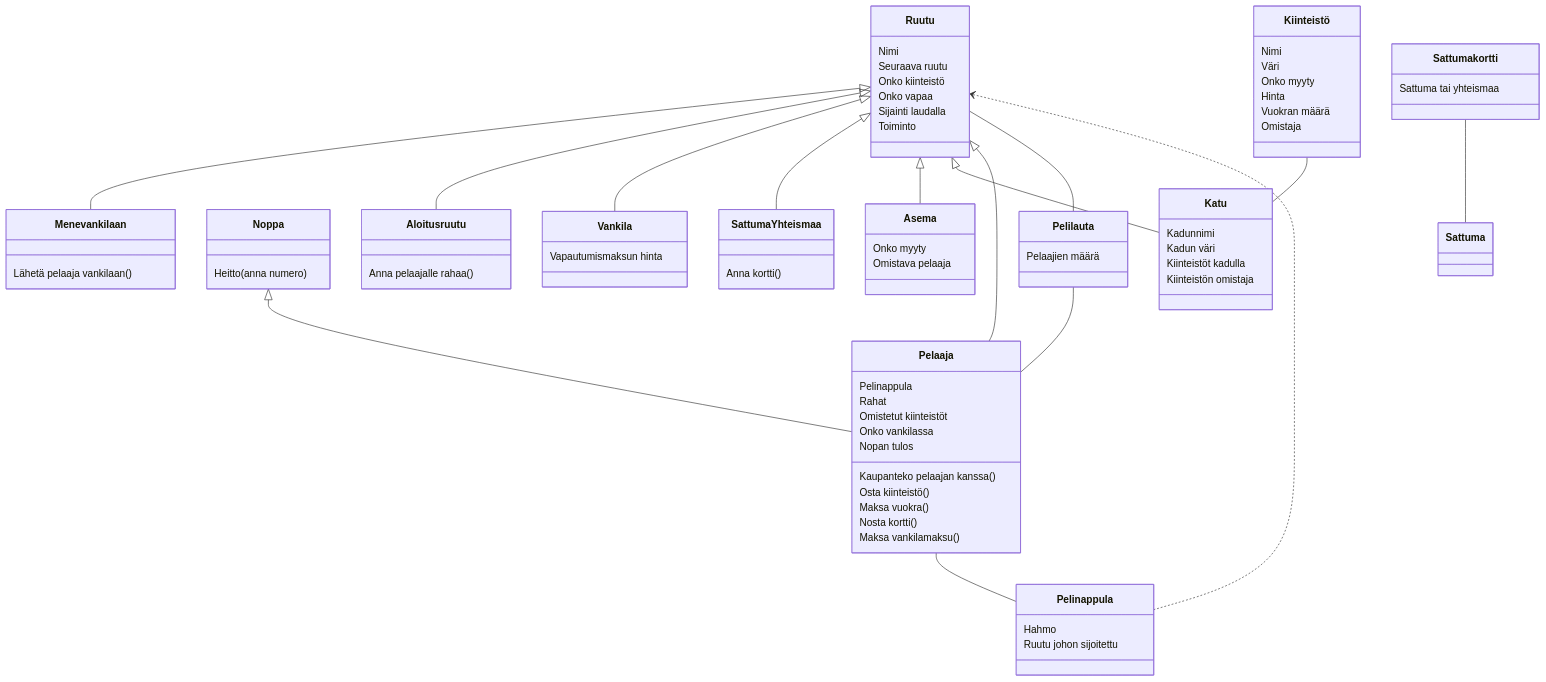
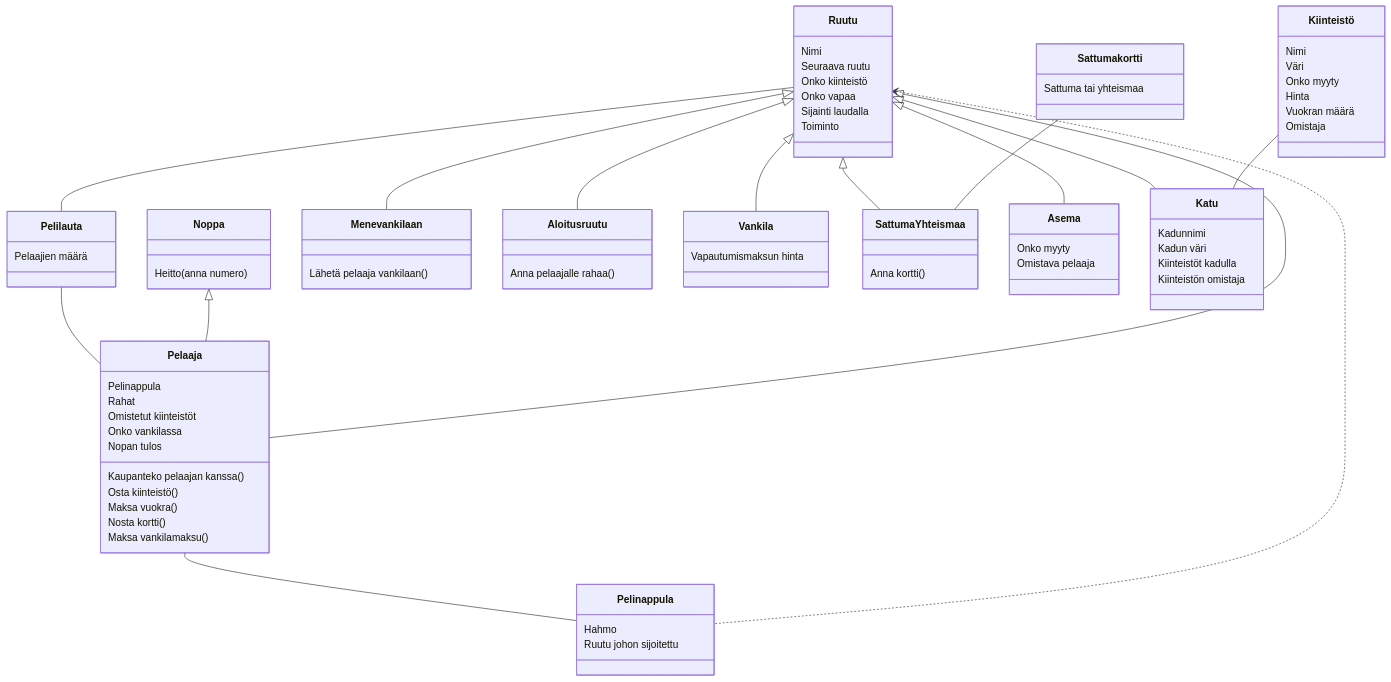
Before and after one commit to kodtld/TravelHub: the diagram in laskarit/viikko3/luokkakaavio.md, drawn with Mermaid.

```diff
--- a/laskarit/viikko3/luokkakaavio.md
+++ b/laskarit/viikko3/luokkakaavio.md
@@ -13,7 +13,7 @@
       Kiinteistö -- Katu
       Pelaaja -- Pelinappula
       Ruutu <.. Pelinappula
-      Sattumakortti -- Sattuma  
+      Sattumakortti -- SattumaYhteismaa  
 
       Pelilauta : Pelaajien määrä  
 
```
